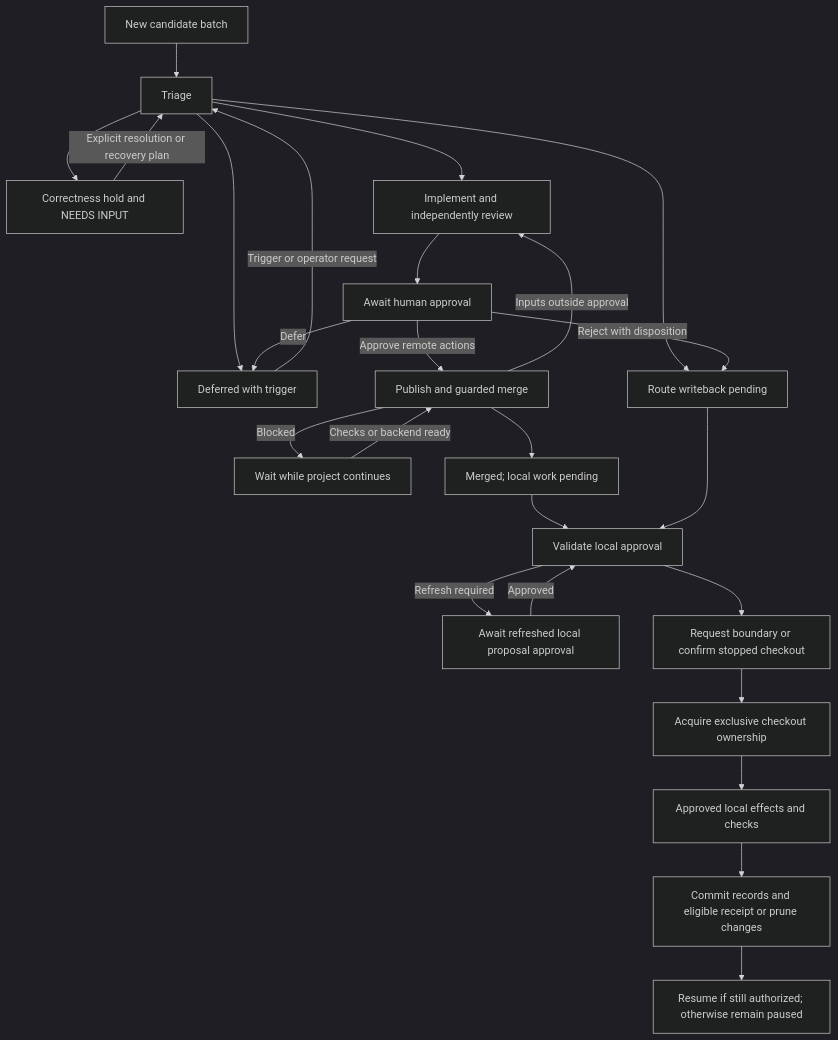
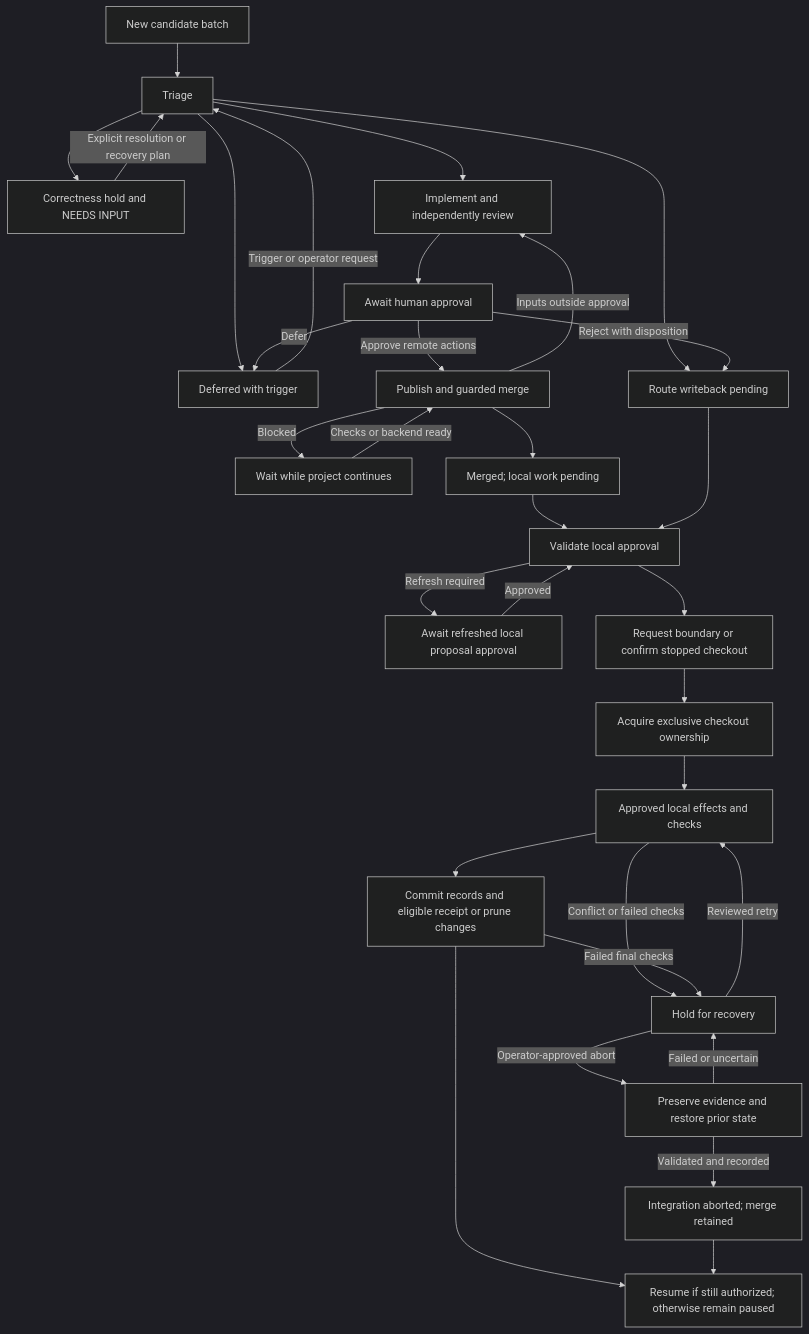
One commit to khansen/nesrev changed the diagram in PROCESS_FRICTION_MONITOR_SPEC.md. Above: the diagram before and after it, drawn with Mermaid (dark theme). The commit also changed other lines of this file, not shown here.

````diff
--- a/PROCESS_FRICTION_MONITOR_SPEC.md
+++ b/PROCESS_FRICTION_MONITOR_SPEC.md
@@ -330,27 +330,34 @@
 ```mermaid
 flowchart TD
     queued[New candidate batch] --> triage[Triage]
     triage --> deferred[Deferred with trigger]
     deferred -->|Trigger or operator request| triage
     triage --> hold[Correctness hold and NEEDS INPUT]
     hold -->|Explicit resolution or recovery plan| triage
     triage --> route[Route writeback pending]
     triage --> prepare[Implement and independently review]
     prepare --> approval[Await human approval]
     approval -->|Defer| deferred
     approval -->|Reject with disposition| route
     approval -->|Approve remote actions| merge[Publish and guarded merge]
     merge -->|Blocked| remote_wait[Wait while project continues]
     remote_wait -->|Checks or backend ready| merge
     merge -->|Inputs outside approval| prepare
     merge --> merged[Merged; local work pending]
     merged --> local_approval[Validate local approval]
     route --> local_approval
     local_approval -->|Refresh required| local_proposal[Await refreshed local proposal approval]
     local_proposal -->|Approved| local_approval
     local_approval --> pause[Request boundary or confirm stopped checkout]
     pause --> quiet[Acquire exclusive checkout ownership]
     quiet --> integrate[Approved local effects and checks]
     integrate --> record[Commit records and eligible receipt or prune changes]
     record --> decision[Resume if still authorized; otherwise remain paused]
+    integrate -->|Conflict or failed checks| recovery[Hold for recovery]
+    record -->|Failed final checks| recovery
+    recovery -->|Reviewed retry| integrate
+    recovery -->|Operator-approved abort| restore[Preserve evidence and restore prior state]
+    restore -->|Validated and recorded| aborted[Integration aborted; merge retained]
+    restore -->|Failed or uncertain| recovery
+    aborted --> decision
 ```
````
